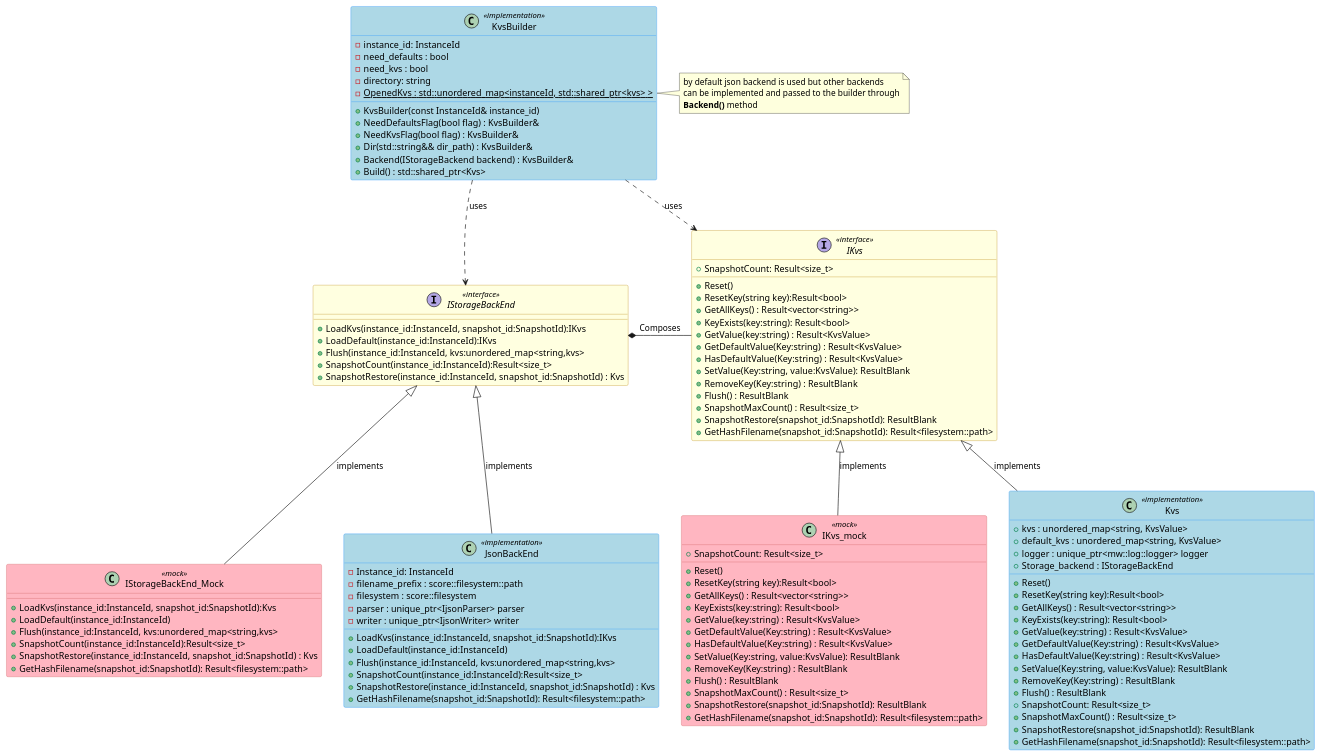
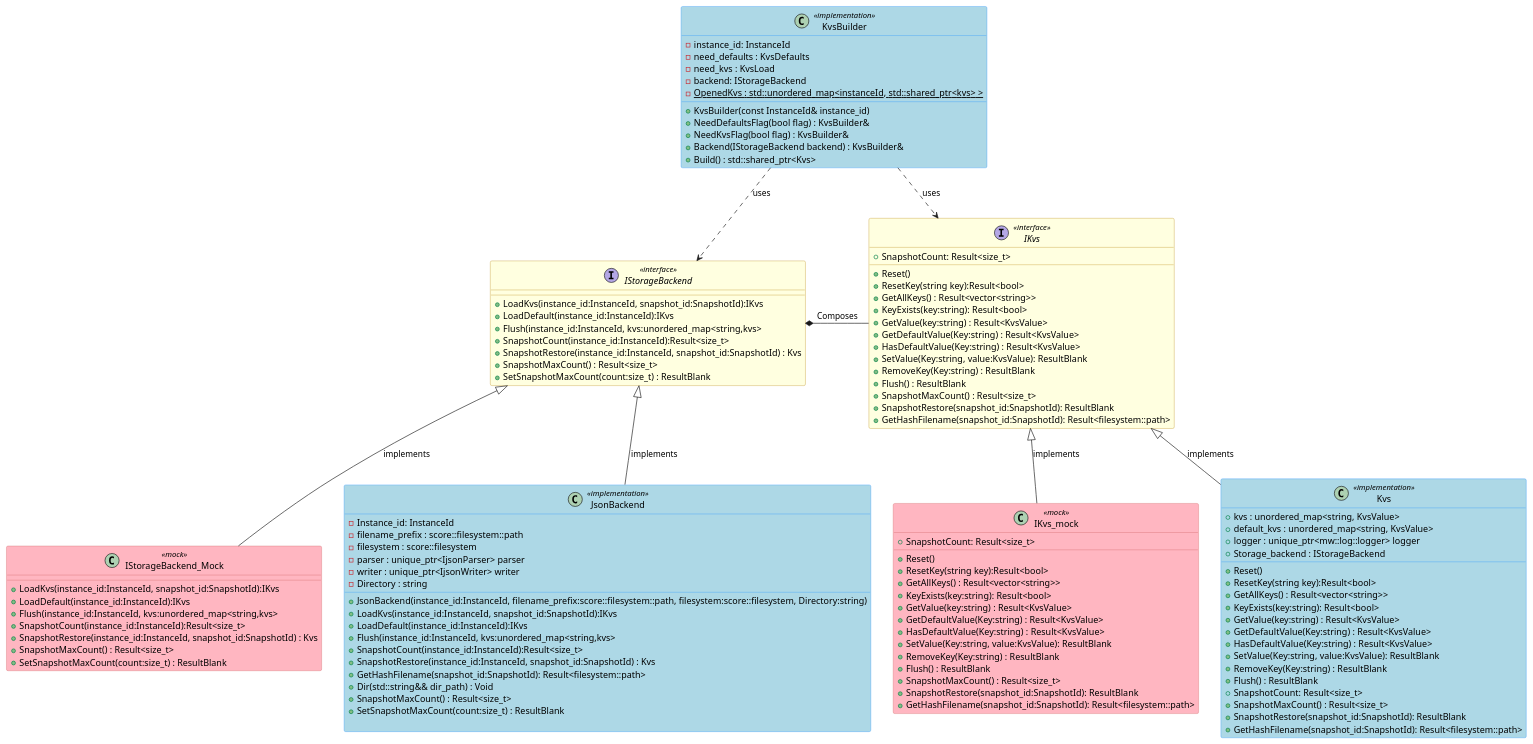
The diagram in docs/Design/class_diagram_cpp.puml (Ahmed-Elsaka-JC/inc_mw_per), drawn with PlantUML before and after one commit.

Commit message:
fix review points

```diff
--- a/docs/Design/class_diagram_cpp.puml
+++ b/docs/Design/class_diagram_cpp.puml
@@ -1,147 +1,145 @@
 @startuml ScorePersistencyKvsDesign
 
 ' Define color schemes matching original design
 skinparam class {
     BackgroundColor<<interface>> LightYellow
     BorderColor<<interface>> DarkGoldenRod
     BackgroundColor<<implementation>> LightBlue
     BorderColor<<implementation>> DodgerBlue
     BackgroundColor<<mock>> LightPink
     BorderColor<<mock>> IndianRed
 }
 
 class KvsBuilder <<implementation>> {
     - instance_id: InstanceId
-    - need_defaults : bool
-    - need_kvs : bool
-    - directory: string
+    - need_defaults : KvsDefaults
+    - need_kvs : KvsLoad
+    - backend: IStorageBackend
     - {static} OpenedKvs : std::unordered_map<instanceId, std::shared_ptr<kvs> >
     __
     + KvsBuilder(const InstanceId& instance_id)
     + NeedDefaultsFlag(bool flag) : KvsBuilder&
     + NeedKvsFlag(bool flag) : KvsBuilder&
-    + Dir(std::string&& dir_path) : KvsBuilder&
     + Backend(IStorageBackend backend) : KvsBuilder&
     + Build() : std::shared_ptr<Kvs>
 }
 
-KvsBuilder -[hidden]right- IStorageBackEnd
-IStorageBackEnd -[hidden]right- IKvs
 
-' IStorageBackEnd interface (top middle-right)
-interface IStorageBackEnd <<interface>> {
+
+interface IStorageBackend <<interface>> {
     + LoadKvs(instance_id:InstanceId, snapshot_id:SnapshotId):IKvs
     + LoadDefault(instance_id:InstanceId):IKvs
     + Flush(instance_id:InstanceId, kvs:unordered_map<string,kvs>
     + SnapshotCount(instance_id:InstanceId):Result<size_t>
     + SnapshotRestore(instance_id:InstanceId, snapshot_id:SnapshotId) : Kvs
+    + SnapshotMaxCount() : Result<size_t>
+    + SetSnapshotMaxCount(count:size_t) : ResultBlank
 }
 
-' IKvs interface (top right)
 interface IKvs <<interface>> {
     + Reset()
     + ResetKey(string key):Result<bool>
     + GetAllKeys() : Result<vector<string>>
     + KeyExists(key:string): Result<bool>
     + GetValue(key:string) : Result<KvsValue>
     + GetDefaultValue(Key:string) : Result<KvsValue>
     + HasDefaultValue(Key:string) : Result<KvsValue>
     + SetValue(Key:string, value:KvsValue): ResultBlank
     + RemoveKey(Key:string) : ResultBlank
     + Flush() : ResultBlank
     + SnapshotCount: Result<size_t>
     + SnapshotMaxCount() : Result<size_t>
     + SnapshotRestore(snapshot_id:SnapshotId): ResultBlank
     + GetHashFilename(snapshot_id:SnapshotId): Result<filesystem::path>
 }
 
-IStorageBackEnd_Mock -[hidden]right- JsonBackEnd
-JsonBackEnd -[hidden]right- IKvs_mock
+
+IStorageBackend -[hidden]right- IKvs
+IStorageBackend_Mock -[hidden]right- JsonBackend
+JsonBackend -[hidden]right- IKvs_mock
 IKvs_mock -[hidden]right- Kvs
 
-' IStorageBackEnd_Mock (middle left)
-class IStorageBackEnd_Mock <<mock>> {
-    + LoadKvs(instance_id:InstanceId, snapshot_id:SnapshotId):Kvs
-    + LoadDefault(instance_id:InstanceId)
+
+class IStorageBackend_Mock <<mock>> {
+    + LoadKvs(instance_id:InstanceId, snapshot_id:SnapshotId):IKvs
+    + LoadDefault(instance_id:InstanceId):IKvs
     + Flush(instance_id:InstanceId, kvs:unordered_map<string,kvs>
     + SnapshotCount(instance_id:InstanceId):Result<size_t>
     + SnapshotRestore(instance_id:InstanceId, snapshot_id:SnapshotId) : Kvs
-    + GetHashFilename(snapshot_id:SnapshotId): Result<filesystem::path>
+    + SnapshotMaxCount() : Result<size_t>
+    + SetSnapshotMaxCount(count:size_t) : ResultBlank
 }
 
-' JsonBackEnd (middle right)
-class JsonBackEnd <<implementation>> {
+class JsonBackend <<implementation>> {
     - Instance_id: InstanceId
     - filename_prefix : score::filesystem::path
     - filesystem : score::filesystem
     - parser : unique_ptr<IjsonParser> parser
     - writer : unique_ptr<IjsonWriter> writer
+    - Directory : string
     __
+    + JsonBackend(instance_id:InstanceId, filename_prefix:score::filesystem::path, filesystem:score::filesystem, Directory:string)
     + LoadKvs(instance_id:InstanceId, snapshot_id:SnapshotId):IKvs
-    + LoadDefault(instance_id:InstanceId)
+    + LoadDefault(instance_id:InstanceId):IKvs
     + Flush(instance_id:InstanceId, kvs:unordered_map<string,kvs>
     + SnapshotCount(instance_id:InstanceId):Result<size_t>
     + SnapshotRestore(instance_id:InstanceId, snapshot_id:SnapshotId) : Kvs
     + GetHashFilename(snapshot_id:SnapshotId): Result<filesystem::path>
+    + Dir(std::string&& dir_path) : Void
+    + SnapshotMaxCount() : Result<size_t>
+    + SetSnapshotMaxCount(count:size_t) : ResultBlank
+
 }
 
-' IKvs_mock (bottom middle-left)
 class IKvs_mock <<mock>> {
     + Reset()
     + ResetKey(string key):Result<bool>
     + GetAllKeys() : Result<vector<string>>
     + KeyExists(key:string): Result<bool>
     + GetValue(key:string) : Result<KvsValue>
     + GetDefaultValue(Key:string) : Result<KvsValue>
     + HasDefaultValue(Key:string) : Result<KvsValue>
     + SetValue(Key:string, value:KvsValue): ResultBlank
     + RemoveKey(Key:string) : ResultBlank
     + Flush() : ResultBlank
     + SnapshotCount: Result<size_t>
     + SnapshotMaxCount() : Result<size_t>
     + SnapshotRestore(snapshot_id:SnapshotId): ResultBlank
     + GetHashFilename(snapshot_id:SnapshotId): Result<filesystem::path>
 }
 
-' Kvs (bottom right)
 class Kvs <<implementation>> {
     + kvs : unordered_map<string, KvsValue>
     + default_kvs : unordered_map<string, KvsValue>
     + logger : unique_ptr<mw::log::logger> logger
-    + Storage_backend : IStorageBackEnd
+    + Storage_backend : IStorageBackend
     __
     + Reset()
     + ResetKey(string key):Result<bool>
     + GetAllKeys() : Result<vector<string>>
     + KeyExists(key:string): Result<bool>
     + GetValue(key:string) : Result<KvsValue>
     + GetDefaultValue(Key:string) : Result<KvsValue>
     + HasDefaultValue(Key:string) : Result<KvsValue>
     + SetValue(Key:string, value:KvsValue): ResultBlank
     + RemoveKey(Key:string) : ResultBlank
     + Flush() : ResultBlank
     + SnapshotCount: Result<size_t>
     + SnapshotMaxCount() : Result<size_t>
     + SnapshotRestore(snapshot_id:SnapshotId): ResultBlank
     + GetHashFilename(snapshot_id:SnapshotId): Result<filesystem::path>
 }
 
 ' Relationships
-IStorageBackEnd_Mock -up-|> IStorageBackEnd : implements
-JsonBackEnd -up-|> IStorageBackEnd : implements
+IStorageBackend_Mock -up-|> IStorageBackend : implements
+JsonBackend -up-|> IStorageBackend : implements
 IKvs_mock -up-|> IKvs : implements
 Kvs -up-|> IKvs : implements
 
 ' Dependencies
-KvsBuilder ..> IStorageBackEnd : uses
+KvsBuilder ..> IStorageBackend : uses
 KvsBuilder ..> IKvs : uses
-IStorageBackEnd *-- IKvs : Composes
+IStorageBackend *-- IKvs : Composes
 
 
-note right of KvsBuilder
-    by default json backend is used but other backends
-    can be implemented and passed to the builder through
-    **Backend()** method
-end note
-
 @enduml
```
